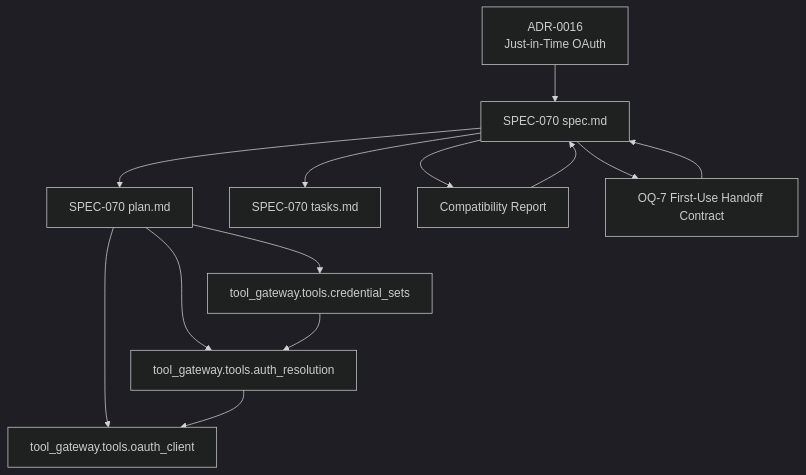
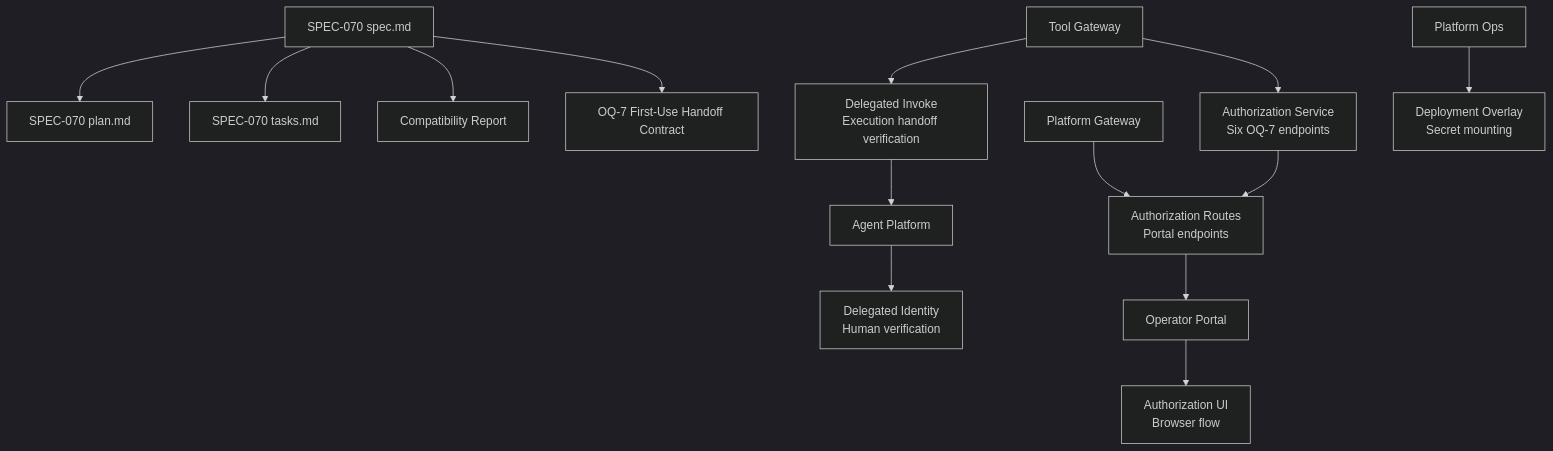
Before and after one commit to metasync/luban-aiops: the first of 9 diagrams in .qoder/repowiki/en/content/Shared Contracts/SPEC-070_ Outbound User-Delegated Identity.md, drawn with Mermaid (dark theme). The commit also changed other lines of this file and 215 other files, not shown here.

````diff
--- a/.qoder/repowiki/en/content/Shared Contracts/SPEC-070_ Outbound User-Delegated Identity.md
+++ b/.qoder/repowiki/en/content/Shared Contracts/SPEC-070_ Outbound User-Delegated Identity.md
@@ -68,15 +72,16 @@
 ```mermaid
 graph TB
 Spec["SPEC-070 spec.md"] --> Plan["SPEC-070 plan.md"]
 Spec --> Tasks["SPEC-070 tasks.md"]
 Spec --> Compat["Compatibility Report"]
 Spec --> OQ7["OQ-7 First-Use Handoff Contract"]
-Plan --> CredSets["tool_gateway.tools.credential_sets"]
-Plan --> AuthRes["tool_gateway.tools.auth_resolution"]
-Plan --> OAuthClient["tool_gateway.tools.oauth_client"]
-CredSets --> AuthRes
-AuthRes --> OAuthClient
-ADR16["ADR-0016<br/>Just-in-Time OAuth"] --> Spec
-Compat --> Spec
-OQ7 --> Spec
+ToolGW["Tool Gateway"] --> AuthService["Authorization Service<br/>Six OQ-7 endpoints"]
+ToolGW --> DelegatedInvoke["Delegated Invoke<br/>Execution handoff verification"]
+PlatformGW["Platform Gateway"] --> AuthRoutes["Authorization Routes<br/>Portal endpoints"]
+AgentPlatform["Agent Platform"] --> DelegatedIdentity["Delegated Identity<br/>Human verification"]
+OperatorPortal["Operator Portal"] --> AuthUI["Authorization UI<br/>Browser flow"]
+PlatformOps["Platform Ops"] --> Deployment["Deployment Overlay<br/>Secret mounting"]
+AuthService --> AuthRoutes
+AuthRoutes --> OperatorPortal
+DelegatedInvoke --> AgentPlatform
 ```
````
